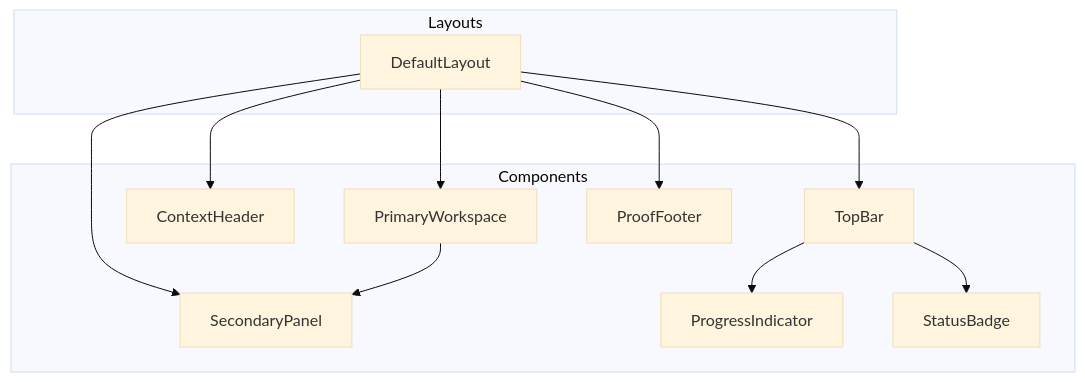
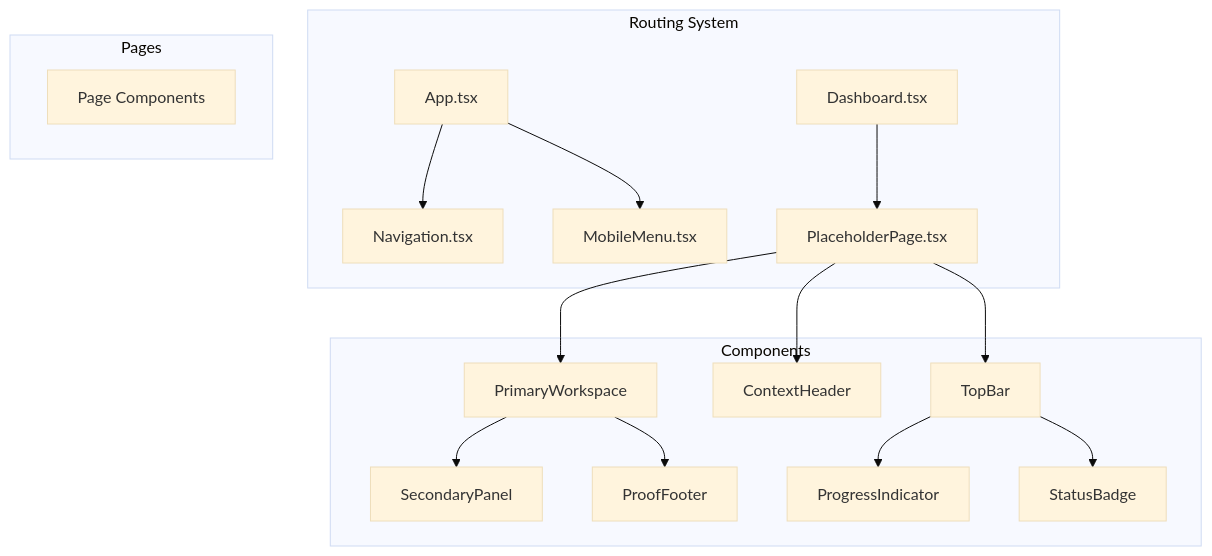
One commit to srustivd940-star/design-system changed the first of 7 diagrams in .qoder/repowiki/en/content/Component Library Reference/Layout Components.md. Above: the diagram before and after it, drawn with Mermaid (base theme). The commit also changed other lines of this file and 18 other files, not shown here.

````diff
--- a/.qoder/repowiki/en/content/Component Library Reference/Layout Components.md
+++ b/.qoder/repowiki/en/content/Component Library Reference/Layout Components.md
@@ -49,23 +63,32 @@
 ```mermaid
 graph TB
+subgraph "Routing System"
+APP["App.tsx"]
+NAV["Navigation.tsx"]
+MM["MobileMenu.tsx"]
+DASH["Dashboard.tsx"]
+PH["PlaceholderPage.tsx"]
+end
 subgraph "Components"
 TB["TopBar"]
 CH["ContextHeader"]
 PW["PrimaryWorkspace"]
 SP["SecondaryPanel"]
 PF["ProofFooter"]
 PI["ProgressIndicator"]
 SB["StatusBadge"]
 end
-subgraph "Layouts"
-DL["DefaultLayout"]
+subgraph "Pages"
+PAGE["Page Components"]
 end
+APP --> NAV
+APP --> MM
+DASH --> PH
+PH --> TB
+PH --> CH
+PH --> PW
 TB --> PI
 TB --> SB
-DL --> TB
-DL --> CH
-DL --> PW
-DL --> SP
-DL --> PF
 PW --> SP
+PW --> PF
 ```
````
